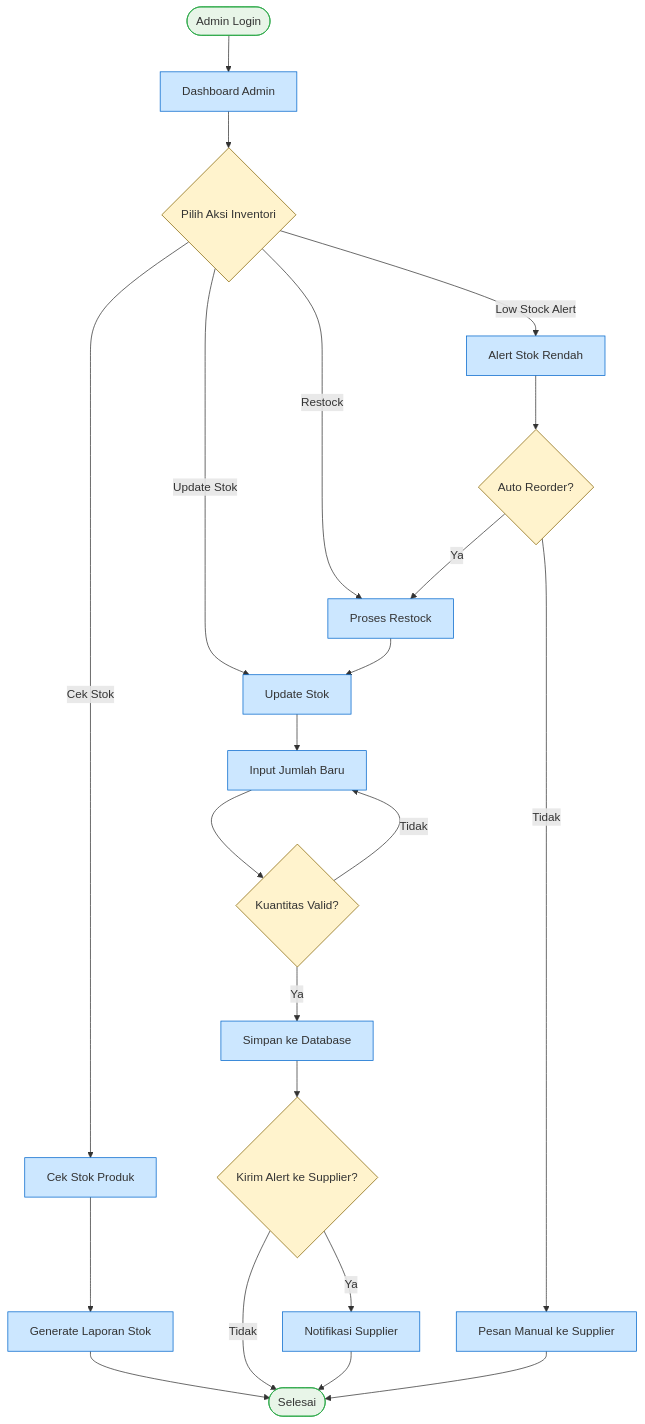
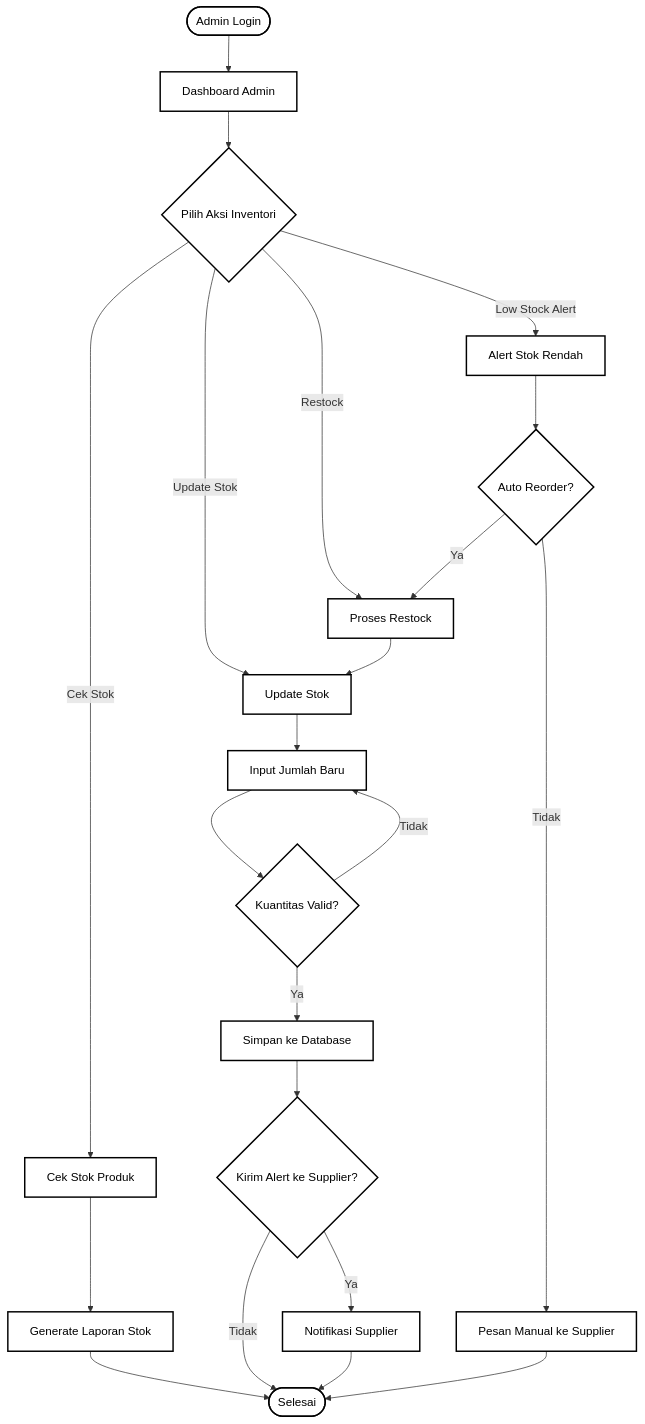
Diagram 13 of 14 in README.md (Grinti123/gerai-ayra-fullstack), drawn with Mermaid before and after one commit. The commit also changed other lines of this file, not shown here.

````diff
--- a/README.md
+++ b/README.md
@@ -508,40 +497,35 @@
 ```mermaid
 flowchart TD
     AdminStart([Admin Login]) --> Dashboard[Dashboard Admin]
     Dashboard --> InventoryChoice{Pilih Aksi Inventori}
 
     InventoryChoice -->|Cek Stok| CheckStock[Cek Stok Produk]
     InventoryChoice -->|Update Stok| UpdateStock[Update Stok]
     InventoryChoice -->|Low Stock Alert| LowStockAlert[Alert Stok Rendah]
     InventoryChoice -->|Restock| Restock[Proses Restock]
 
     CheckStock --> StockReport[Generate Laporan Stok]
     StockReport --> EndAdmin([Selesai])
 
     UpdateStock --> QuantityInput[Input Jumlah Baru]
     QuantityInput --> ValidateQty{Kuantitas Valid?}
     ValidateQty -->|Ya| SaveStock[Simpan ke Database]
     ValidateQty -->|Tidak| QuantityInput
 
     SaveStock --> SendStockAlert{Kirim Alert ke Supplier?}
     SendStockAlert -->|Ya| SupplierNotification[Notifikasi Supplier]
     SendStockAlert -->|Tidak| EndAdmin
 
     LowStockAlert --> AutoReorder{Auto Reorder?}
     AutoReorder -->|Ya| Restock
     AutoReorder -->|Tidak| ManualReorder[Pesan Manual ke Supplier]
 
     Restock --> UpdateStock
 
     SupplierNotification --> EndAdmin
     ManualReorder --> EndAdmin
 
-    classDef startend fill:#e8f5e8,stroke:#28a745
-    classDef process fill:#cce7ff,stroke:#0066cc
-    classDef decision fill:#fff3cd,stroke:#856404
-    classDef gateway fill:#fce4ec,stroke:#c2185b
+    classDef default fill:#ffffff,stroke:#000000,stroke-width:2px,color:#000000
 
-    class AdminStart,EndAdmin startend
-    class Dashboard,CheckStock,UpdateStock,LowStockAlert,Restock,StockReport,QuantityInput,SaveStock,SupplierNotification,ManualReorder process
-    class InventoryChoice,ValidateQty,SendStockAlert,AutoReorder decision
+    class AdminStart,EndAdmin,Dashboard,CheckStock,UpdateStock,LowStockAlert,Restock,StockReport,QuantityInput,SaveStock,SupplierNotification,ManualReorder default
 ```
````
